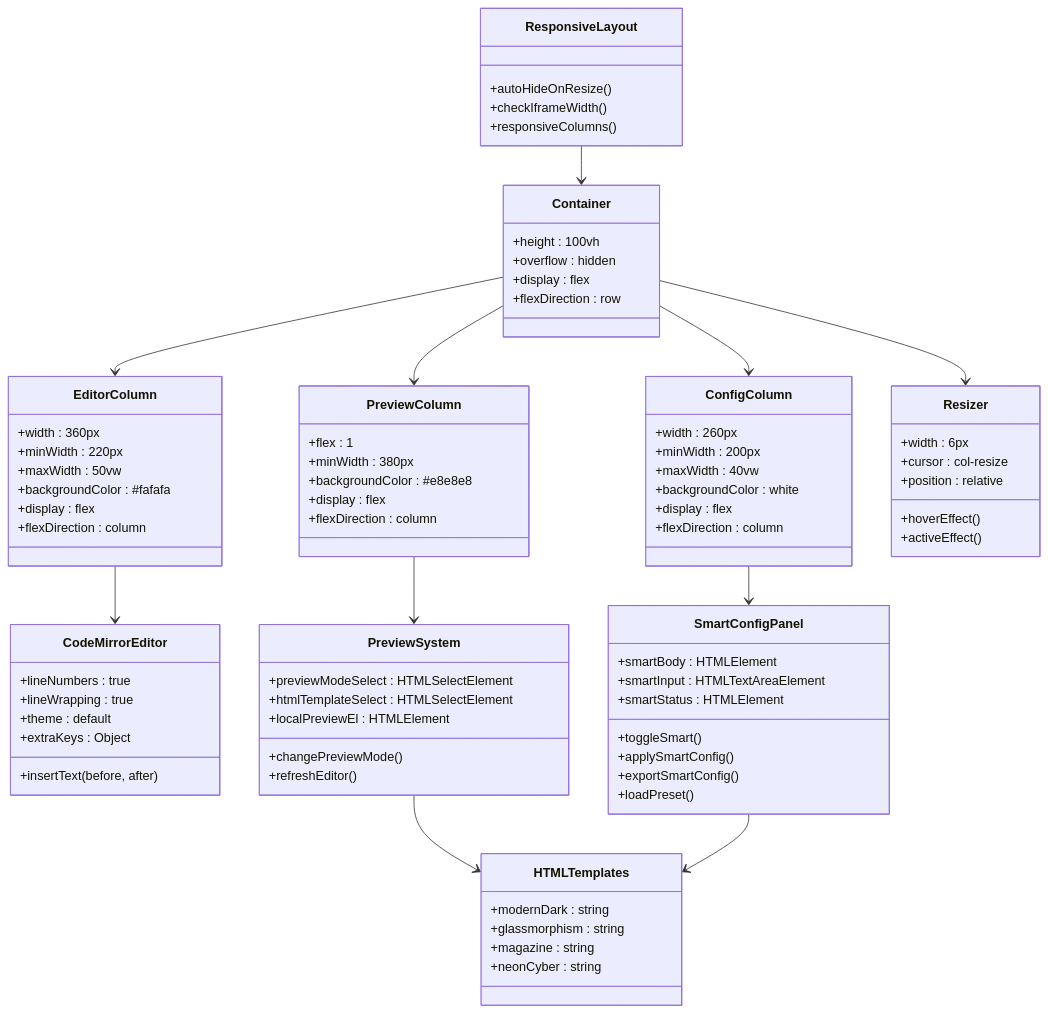
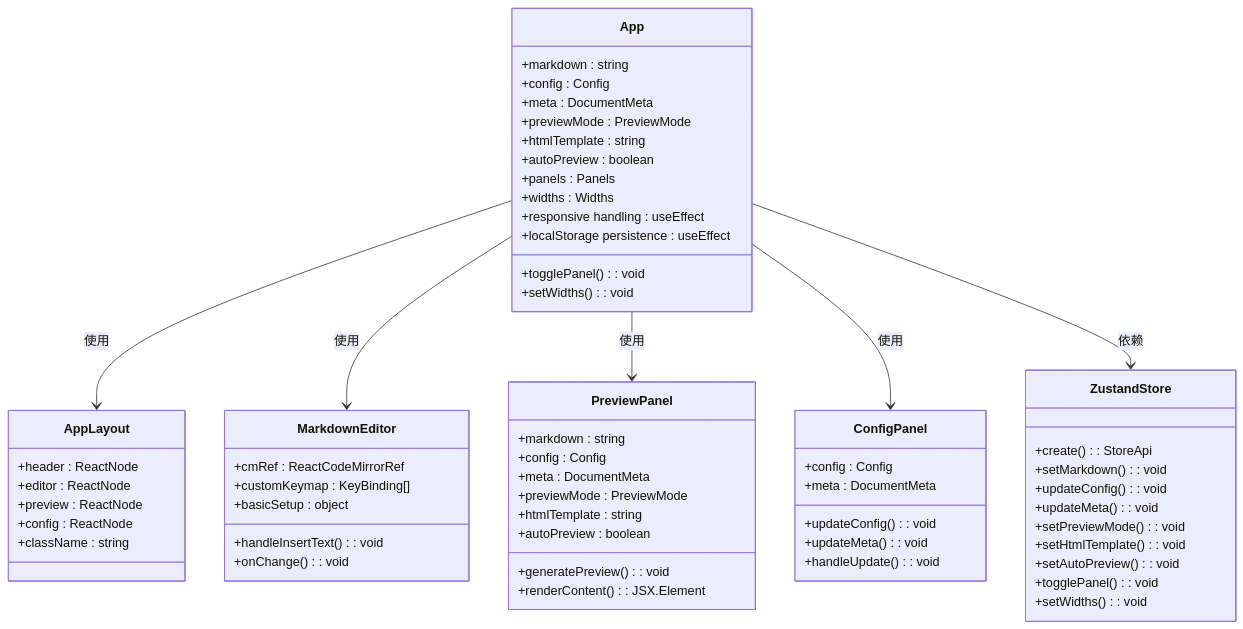
Before and after one commit to wanwushelie/markdown-to-word-studio: the fourth of 12 diagrams in .lingma/repowiki/zh/content/用户指南/前端界面现代化.md, drawn with Mermaid. The commit also changed other lines of this file and 21 other files, not shown here.

````diff
--- a/.lingma/repowiki/zh/content/用户指南/前端界面现代化.md
+++ b/.lingma/repowiki/zh/content/用户指南/前端界面现代化.md
@@ -343,83 +306,64 @@
 ```mermaid
 classDiagram
-class Container {
-+height : 100vh
-+overflow : hidden
-+display : flex
-+flexDirection : row
+class App {
++markdown : string
++config : Config
++meta : DocumentMeta
++previewMode : PreviewMode
++htmlTemplate : string
++autoPreview : boolean
++panels : Panels
++widths : Widths
++togglePanel() : void
++setWidths() : void
++responsive handling : useEffect
++localStorage persistence : useEffect
 }
-class EditorColumn {
-+width : 360px
-+minWidth : 220px
-+maxWidth : 50vw
-+backgroundColor : #fafafa
-+display : flex
-+flexDirection : column
+class AppLayout {
++header : ReactNode
++editor : ReactNode
++preview : ReactNode
++config : ReactNode
++className : string
 }
-class PreviewColumn {
-+flex : 1
-+minWidth : 380px
-+backgroundColor : #e8e8e8
-+display : flex
-+flexDirection : column
+class MarkdownEditor {
++cmRef : ReactCodeMirrorRef
++handleInsertText() : void
++customKeymap : KeyBinding[]
++basicSetup : object
++onChange() : void
 }
-class ConfigColumn {
-+width : 260px
-+minWidth : 200px
-+maxWidth : 40vw
-+backgroundColor : white
-+display : flex
-+flexDirection : column
+class PreviewPanel {
++markdown : string
++config : Config
++meta : DocumentMeta
++previewMode : PreviewMode
++htmlTemplate : string
++autoPreview : boolean
++generatePreview() : void
++renderContent() : JSX.Element
 }
-class Resizer {
-+width : 6px
-+cursor : col-resize
-+position : relative
-+hoverEffect()
-+activeEffect()
+class ConfigPanel {
++config : Config
++meta : DocumentMeta
++updateConfig() : void
++updateMeta() : void
++handleUpdate() : void
 }
-class CodeMirrorEditor {
-+lineNumbers : true
-+lineWrapping : true
-+theme : default
-+extraKeys : Object
-+insertText(before, after)
+class ZustandStore {
++create() : StoreApi
++setMarkdown() : void
++updateConfig() : void
++updateMeta() : void
++setPreviewMode() : void
++setHtmlTemplate() : void
++setAutoPreview() : void
++togglePanel() : void
++setWidths() : void
 }
-class PreviewSystem {
-+previewModeSelect : HTMLSelectElement
-+htmlTemplateSelect : HTMLSelectElement
-+localPreviewEl : HTMLElement
-+changePreviewMode()
-+refreshEditor()
-}
-class SmartConfigPanel {
-+smartBody : HTMLElement
-+smartInput : HTMLTextAreaElement
-+smartStatus : HTMLElement
-+toggleSmart()
-+applySmartConfig()
-+exportSmartConfig()
-+loadPreset()
-}
-class HTMLTemplates {
-+modernDark : string
-+glassmorphism : string
-+magazine : string
-+neonCyber : string
-}
-class ResponsiveLayout {
-+autoHideOnResize()
-+checkIframeWidth()
-+responsiveColumns()
-}
-Container --> EditorColumn
-Container --> PreviewColumn
-Container --> ConfigColumn
-Container --> Resizer
-EditorColumn --> CodeMirrorEditor
-PreviewColumn --> PreviewSystem
-PreviewSystem --> HTMLTemplates
-ConfigColumn --> SmartConfigPanel
-SmartConfigPanel --> HTMLTemplates
-ResponsiveLayout --> Container
+App --> AppLayout : 使用
+App --> MarkdownEditor : 使用
+App --> PreviewPanel : 使用
+App --> ConfigPanel : 使用
+App --> ZustandStore : 依赖
 ```
````
